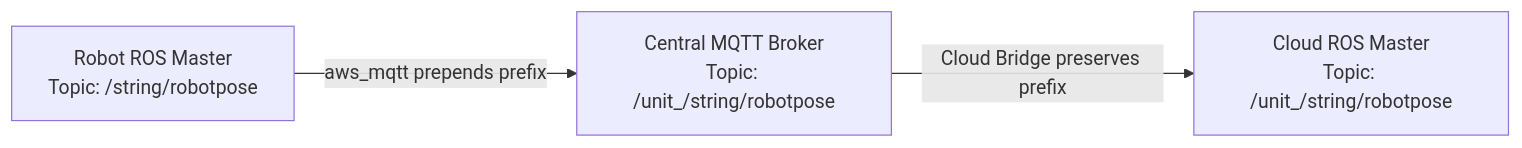
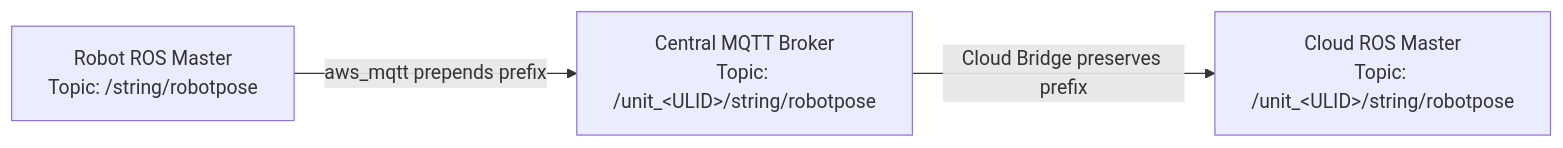
The first of 5 diagrams in docs/development/message-contracts.md (itbdelaboprogramming/msd700_documentation), drawn with Mermaid before and after one commit. The commit also changed other lines of this file and 148 other files, not shown here.

First line of the commit message:
docs: render all mermaid diagrams to static draw.io-style PNGs

````diff
--- a/docs/development/message-contracts.md
+++ b/docs/development/message-contracts.md
@@ -22,5 +22,5 @@
 ```mermaid
 flowchart LR
-  R_TOPIC["Robot ROS Master<br/>Topic: /string/robotpose"] -->|"aws_mqtt prepends prefix"| MQTT_TOPIC["Central MQTT Broker<br/>Topic: /unit_<ULID>/string/robotpose"]
-  MQTT_TOPIC -->|"Cloud Bridge preserves prefix"| C_TOPIC["Cloud ROS Master<br/>Topic: /unit_<ULID>/string/robotpose"]
+  R_TOPIC["Robot ROS Master<br/>Topic: /string/robotpose"] -->|"aws_mqtt prepends prefix"| MQTT_TOPIC["Central MQTT Broker<br/>Topic: /unit_#lt;ULID#gt;/string/robotpose"]
+  MQTT_TOPIC -->|"Cloud Bridge preserves prefix"| C_TOPIC["Cloud ROS Master<br/>Topic: /unit_#lt;ULID#gt;/string/robotpose"]
 ```
````
